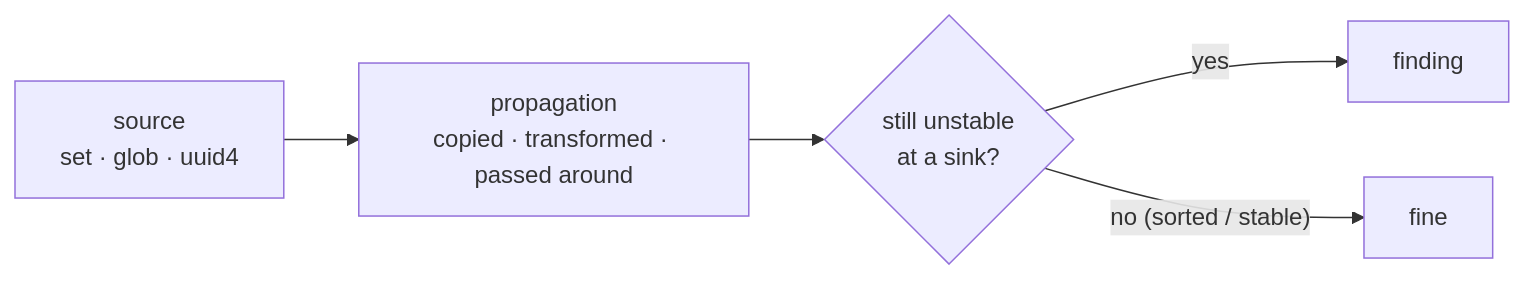
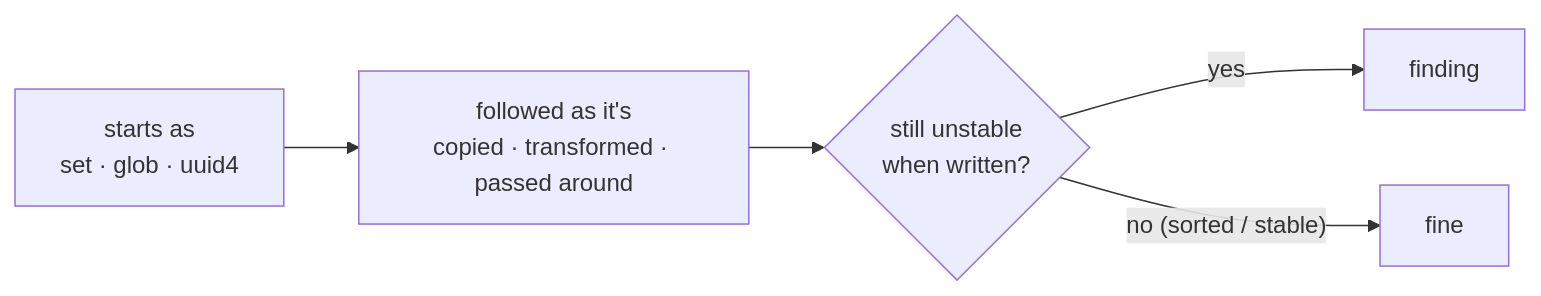
The first of 5 diagrams in docs/architecture.md (michaeldmitry/flaplint), drawn with Mermaid before and after one commit. The commit also changed other lines of this file and 12 other files, not shown here.

````diff
--- a/docs/architecture.md
+++ b/docs/architecture.md
@@ -22,7 +22,7 @@
 ```mermaid
 flowchart LR
-    S["source<br/>set · glob · uuid4"] --> P["propagation<br/>copied · transformed · passed around"]
-    P --> K{still unstable<br/>at a sink?}
+    S["starts as<br/>set · glob · uuid4"] --> P["followed as it's<br/>copied · transformed · passed around"]
+    P --> K{still unstable<br/>when written?}
     K -- yes --> F[finding]
     K -- "no (sorted / stable)" --> OK[fine]
 ```
````
